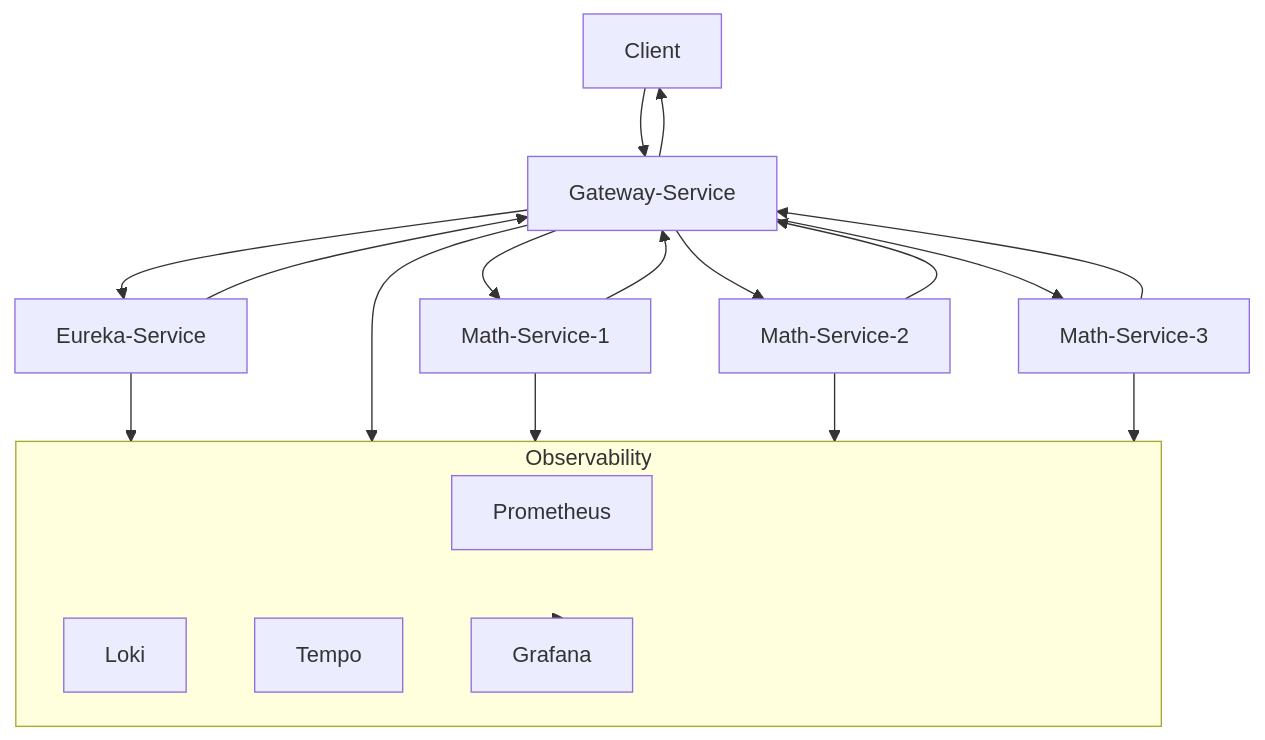
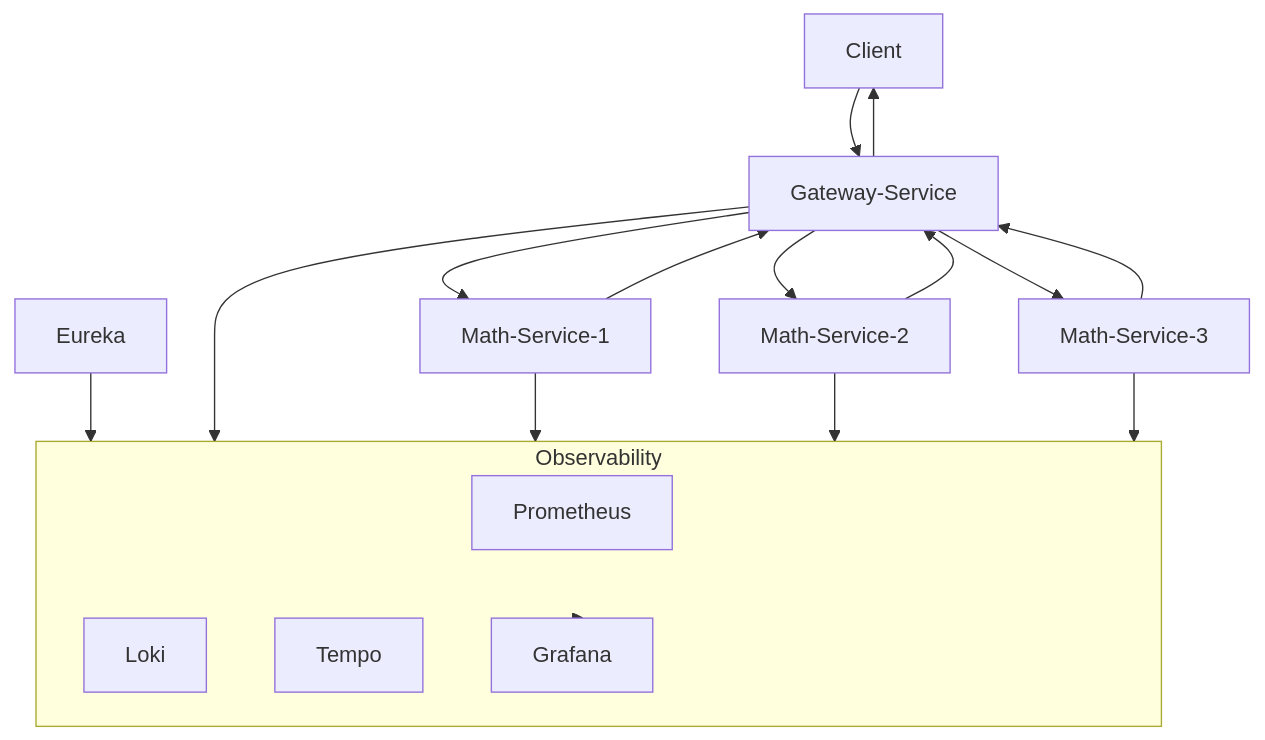
One commit to nbicocchi/learn-microservices changed the diagram in modules/observability/labs/README.md. Above: the diagram before and after it, drawn with Mermaid. The commit also changed other lines of this file and 1 other file, not shown here.

````diff
--- a/modules/observability/labs/README.md
+++ b/modules/observability/labs/README.md
@@ -5,28 +5,27 @@
 ```mermaid
 flowchart TD
     Client --> Gateway[Gateway-Service]
-    Gateway --> Eureka[Eureka-Service]
-    Eureka --> Gateway
+    Eureka
     Gateway --> Math1[Math-Service-1]
     Gateway --> Math2[Math-Service-2]
     Gateway --> Math3[Math-Service-3]
     Math1 --> Gateway
     Math2 --> Gateway
     Math3 --> Gateway
     Gateway --> Client
 
     subgraph Observability
         Prometheus
         Loki
         Tempo
         Grafana
     end
 
     Eureka --> Observability
     Gateway --> Observability
     Math1 --> Observability
     Math2 --> Observability
     Math3 --> Observability
 
     Observability --> Grafana
 ```
````
